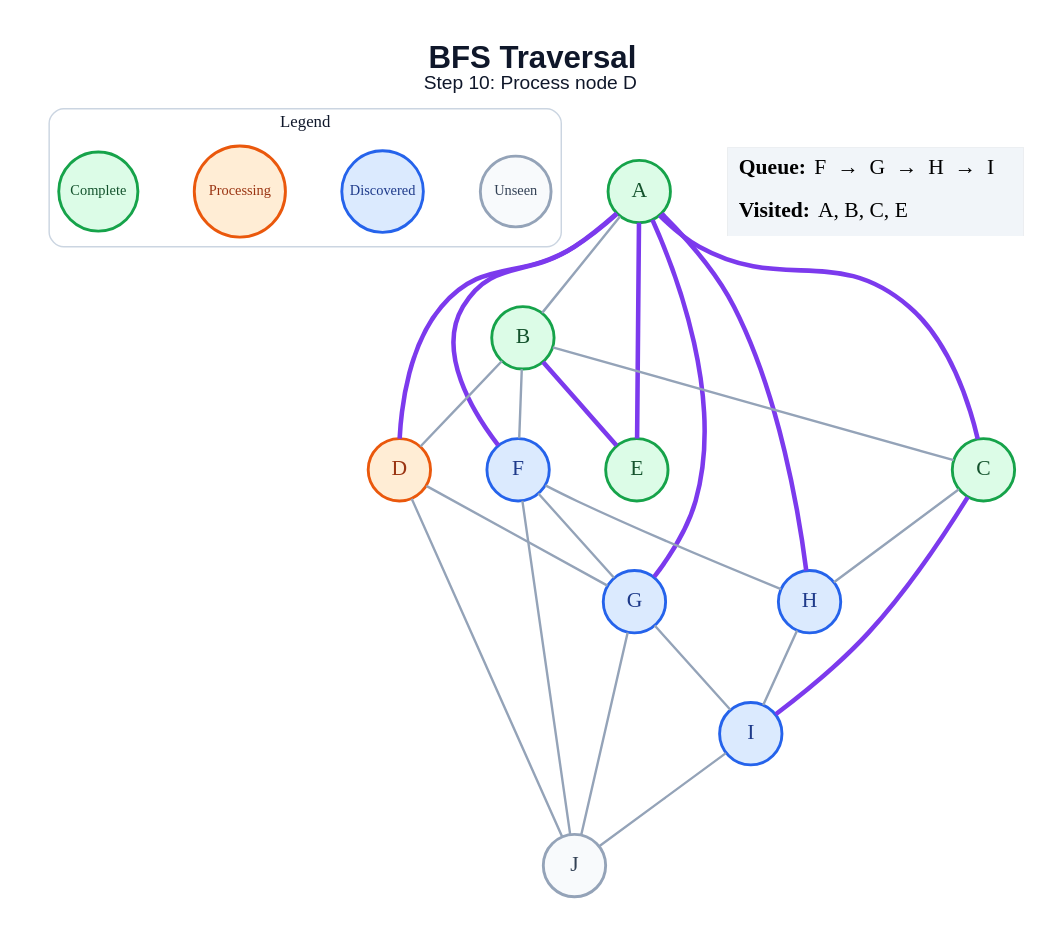
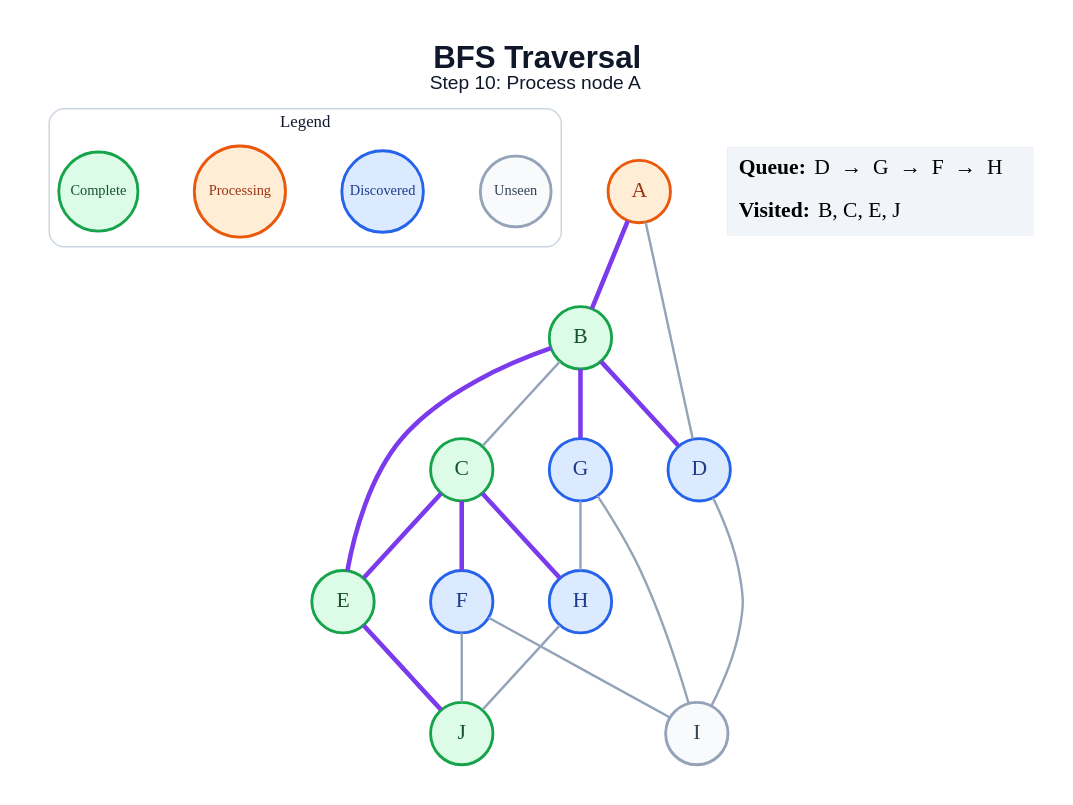
The diagram in generated/specific-node/bfs/step_10.dot (amanghodawala9/ai-slop), drawn with Graphviz before and after one commit. The commit also changed 178 other files, not shown here.

```diff
--- a/generated/specific-node/bfs/step_10.dot
+++ b/generated/specific-node/bfs/step_10.dot
@@ -1,51 +1,45 @@
 graph traversal {
   graph [layout=dot, rankdir=TB, bgcolor="#FFFFFF", pad="0.35", nodesep="0.65", ranksep="0.8", fontname="Arial"];
   node [shape=circle, style="filled", fontname="Arial Bold", fontsize=18, width=0.72, fixedsize=true, penwidth=2.4];
   edge [color="#94A3B8", penwidth=2.0];
-  label=<<B>BFS Traversal</B><BR/><FONT POINT-SIZE="16">Step 10: Process node D</FONT>>; labelloc="t"; fontsize=26; fontname="Arial"; fontcolor="#0F172A";
+  label=<<B>BFS Traversal</B><BR/><FONT POINT-SIZE="16">Step 10: Process node A</FONT>>; labelloc="t"; fontsize=26; fontname="Arial"; fontcolor="#0F172A";
   subgraph cluster_legend { label="Legend"; color="#CBD5E1"; penwidth=1.2; style="rounded"; fontsize=14; fontname="Arial Bold";
     key_unseen [label="Unseen", fillcolor="#F8FAFC", color="#94A3B8", fontcolor="#334155", fontsize=12, width=0.82];
     key_frontier [label="Discovered", fillcolor="#DBEAFE", color="#2563EB", fontcolor="#1E3A8A", fontsize=12, width=0.95];
     key_current [label="Processing", fillcolor="#FFEDD5", color="#EA580C", fontcolor="#9A3412", fontsize=12, width=1.05];
     key_done [label="Complete", fillcolor="#DCFCE7", color="#16A34A", fontcolor="#14532D", fontsize=12, width=0.92];
     { rank=same; key_unseen; key_frontier; key_current; key_done; }
   }
-  A [fillcolor="#DCFCE7", color="#16A34A", fontcolor="#14532D"];
+  A [fillcolor="#FFEDD5", color="#EA580C", fontcolor="#9A3412"];
   B [fillcolor="#DCFCE7", color="#16A34A", fontcolor="#14532D"];
   C [fillcolor="#DCFCE7", color="#16A34A", fontcolor="#14532D"];
-  D [fillcolor="#FFEDD5", color="#EA580C", fontcolor="#9A3412"];
+  D [fillcolor="#DBEAFE", color="#2563EB", fontcolor="#1E3A8A"];
   E [fillcolor="#DCFCE7", color="#16A34A", fontcolor="#14532D"];
   F [fillcolor="#DBEAFE", color="#2563EB", fontcolor="#1E3A8A"];
   G [fillcolor="#DBEAFE", color="#2563EB", fontcolor="#1E3A8A"];
   H [fillcolor="#DBEAFE", color="#2563EB", fontcolor="#1E3A8A"];
-  I [fillcolor="#DBEAFE", color="#2563EB", fontcolor="#1E3A8A"];
-  J [fillcolor="#F8FAFC", color="#94A3B8", fontcolor="#334155"];
-  A -- B;
-  A -- C [color="#7C3AED", penwidth=3.8];
-  A -- D [color="#7C3AED", penwidth=3.8];
-  A -- E [color="#7C3AED", penwidth=3.8];
-  A -- F [color="#7C3AED", penwidth=3.8];
-  A -- G [color="#7C3AED", penwidth=3.8];
-  A -- H [color="#7C3AED", penwidth=3.8];
+  I [fillcolor="#F8FAFC", color="#94A3B8", fontcolor="#334155"];
+  J [fillcolor="#DCFCE7", color="#16A34A", fontcolor="#14532D"];
+  A -- B [color="#7C3AED", penwidth=3.8];
+  A -- D;
   B -- C;
-  B -- D;
+  B -- D [color="#7C3AED", penwidth=3.8];
   B -- E [color="#7C3AED", penwidth=3.8];
-  B -- F;
-  C -- H;
-  C -- I [color="#7C3AED", penwidth=3.8];
-  D -- G;
-  D -- J;
-  F -- G;
-  F -- H;
+  B -- G [color="#7C3AED", penwidth=3.8];
+  C -- E [color="#7C3AED", penwidth=3.8];
+  C -- F [color="#7C3AED", penwidth=3.8];
+  C -- H [color="#7C3AED", penwidth=3.8];
+  D -- I;
+  E -- J [color="#7C3AED", penwidth=3.8];
+  F -- I;
   F -- J;
+  G -- H;
   G -- I;
-  G -- J;
-  H -- I;
-  I -- J;
+  H -- J;
   status [shape=plain, fixedsize=false, width=0, height=0, margin=0, label=<
     <TABLE BORDER="0" CELLBORDER="0" CELLPADDING="7" BGCOLOR="#F1F5F9">
-      <TR><TD ALIGN="LEFT"><B>Queue:</B> F  →  G  →  H  →  I</TD></TR>
-      <TR><TD ALIGN="LEFT"><B>Visited:</B> A, B, C, E</TD></TR>
+      <TR><TD ALIGN="LEFT"><B>Queue:</B> D  →  G  →  F  →  H</TD></TR>
+      <TR><TD ALIGN="LEFT"><B>Visited:</B> B, C, E, J</TD></TR>
     </TABLE>
   >];
 }
```
